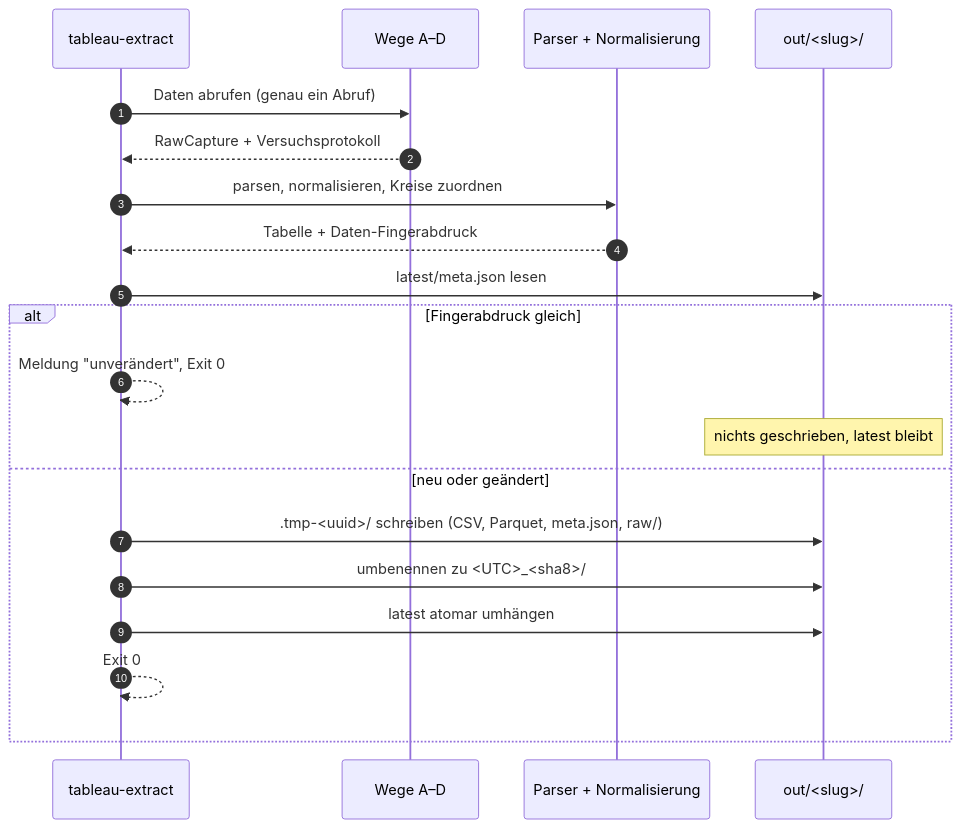
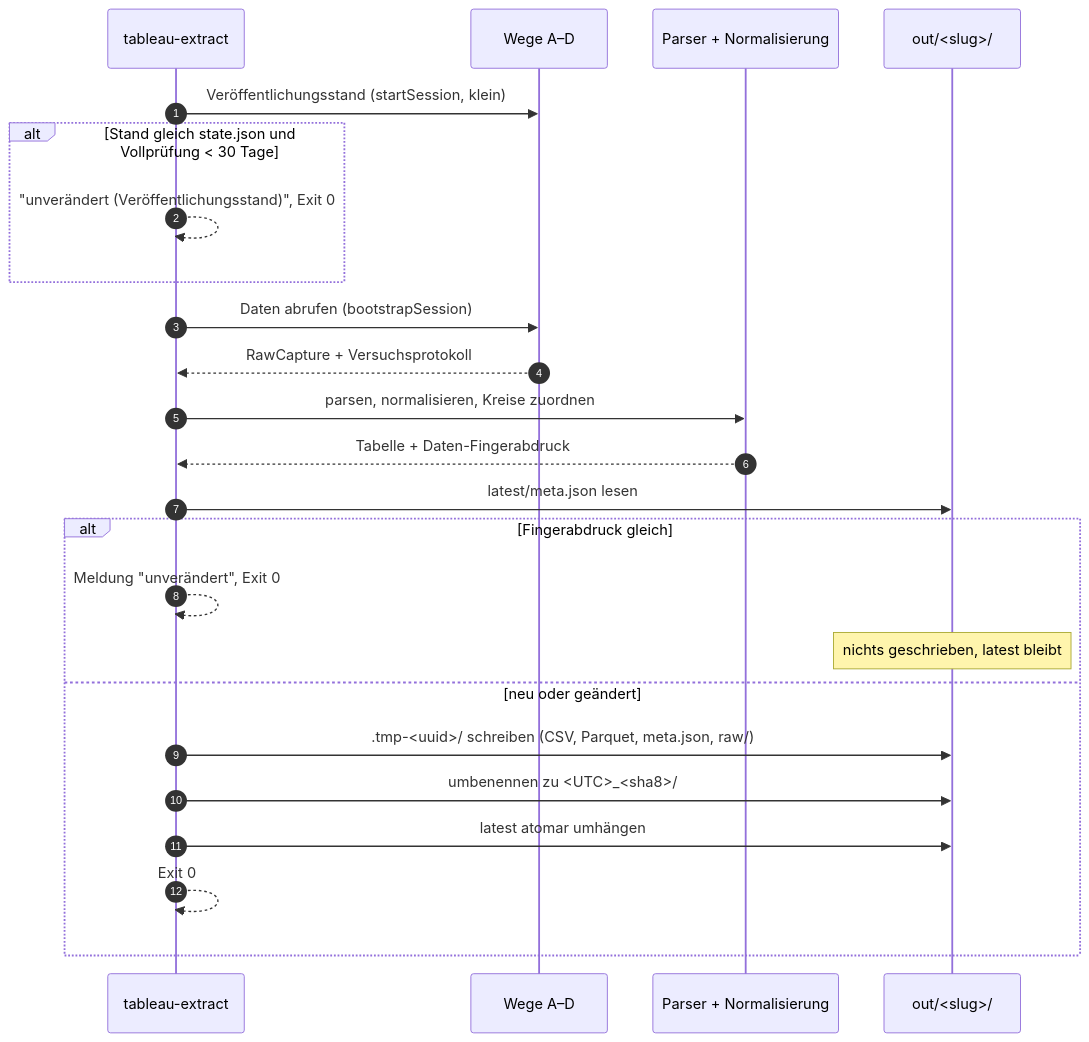
The third of 9 diagrams in openspec/changes/add-tableau-extract/design.md (trosinde/tableau-extract), drawn with Mermaid before and after one commit. The commit also changed other lines of this file and 4 other files, not shown here.

````diff
--- a/openspec/changes/add-tableau-extract/design.md
+++ b/openspec/changes/add-tableau-extract/design.md
@@ -113,23 +113,27 @@
 ```mermaid
 sequenceDiagram
     autonumber
     participant CLI as tableau-extract
     participant W as Wege A–D
     participant P as Parser + Normalisierung
     participant FS as out/<slug>/
 
-    CLI->>W: Daten abrufen (genau ein Abruf)
+    CLI->>W: Veröffentlichungsstand (startSession, klein)
+    alt Stand gleich state.json und Vollprüfung < 30 Tage
+        CLI-->>CLI: "unverändert (Veröffentlichungsstand)", Exit 0
+    end
+    CLI->>W: Daten abrufen (bootstrapSession)
     W-->>CLI: RawCapture + Versuchsprotokoll
     CLI->>P: parsen, normalisieren, Kreise zuordnen
     P-->>CLI: Tabelle + Daten-Fingerabdruck
     CLI->>FS: latest/meta.json lesen
     alt Fingerabdruck gleich
         CLI-->>CLI: Meldung "unverändert", Exit 0
         Note over FS: nichts geschrieben, latest bleibt
     else neu oder geändert
         CLI->>FS: .tmp-<uuid>/ schreiben (CSV, Parquet, meta.json, raw/)
         CLI->>FS: umbenennen zu <UTC>_<sha8>/
         CLI->>FS: latest atomar umhängen
         CLI-->>CLI: Exit 0
     end
 ```
````
